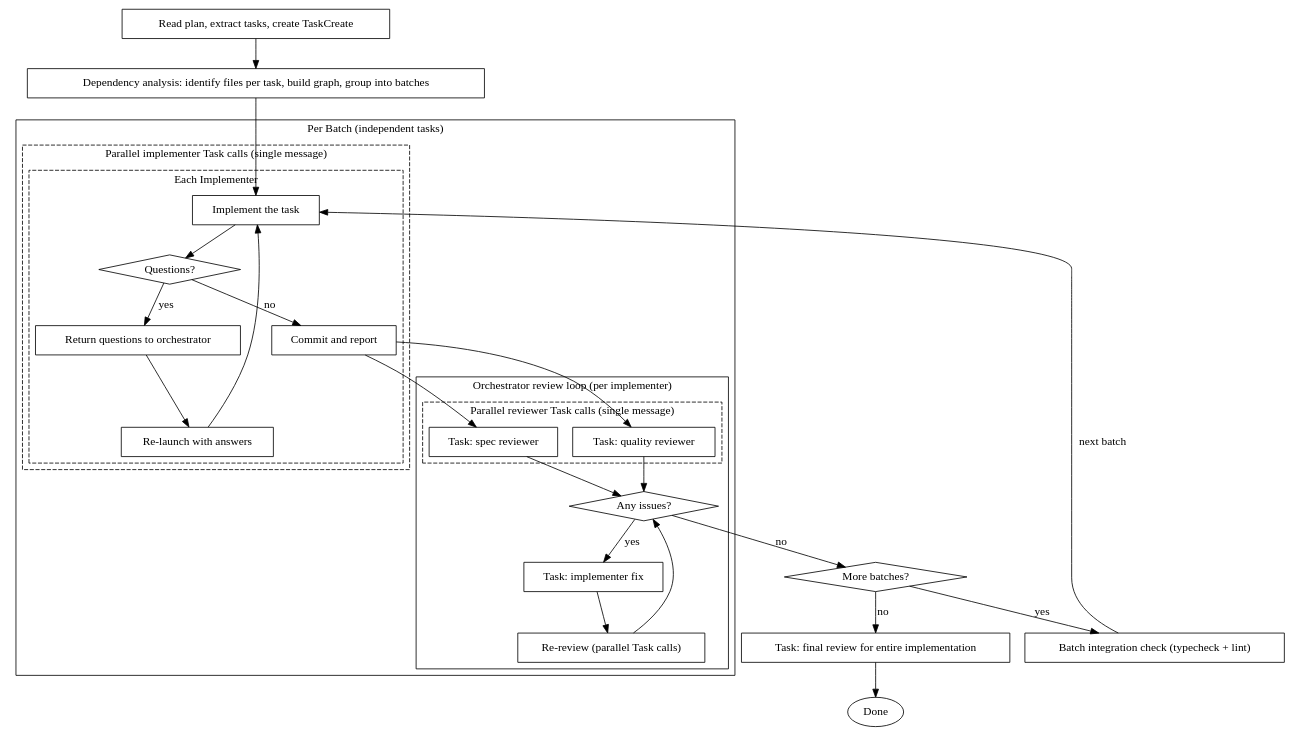
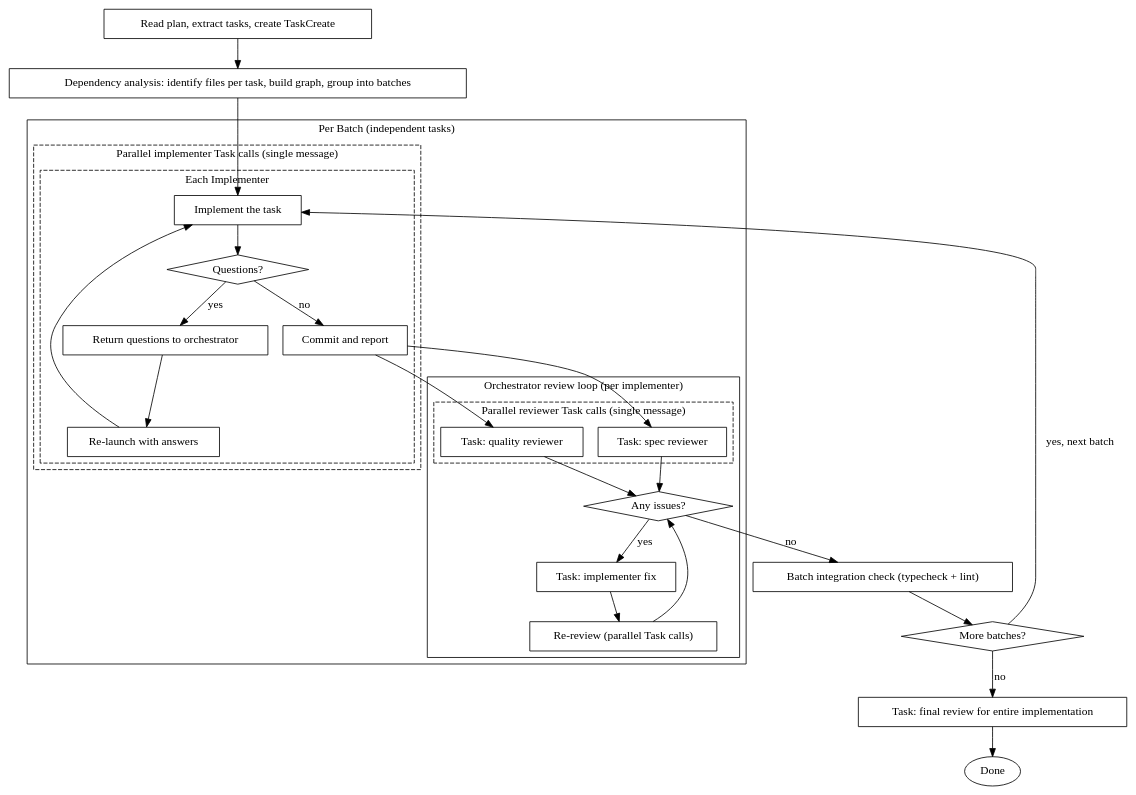
Before and after one commit to kslhunter/simplysm: the second of 2 diagrams in .claude/skills/sd-plan-dev/SKILL.md, drawn with Graphviz. The commit also changed other lines of this file, not shown here.

Commit message:
fix(sd-plan-dev): rename remaining task agent references and fix diagram flow

````diff
--- a/.claude/skills/sd-plan-dev/SKILL.md
+++ b/.claude/skills/sd-plan-dev/SKILL.md
@@ -44,66 +44,66 @@
 ```dot
 digraph process {
     rankdir=TB;
 
     "Read plan, extract tasks, create TaskCreate" [shape=box];
     "Dependency analysis: identify files per task, build graph, group into batches" [shape=box];
 
     subgraph cluster_batch {
         label="Per Batch (independent tasks)";
 
         subgraph cluster_parallel_implementers {
             label="Parallel implementer Task calls (single message)";
             style=dashed;
 
             subgraph cluster_implementer {
                 label="Each Implementer";
                 "Implement the task" [shape=box];
                 "Questions?" [shape=diamond];
                 "Return questions to orchestrator" [shape=box];
                 "Re-launch with answers" [shape=box];
                 "Commit and report" [shape=box];
             }
         }
 
         subgraph cluster_review {
             label="Orchestrator review loop (per implementer)";
 
             subgraph cluster_parallel_reviewers {
                 label="Parallel reviewer Task calls (single message)";
                 style=dashed;
                 "Task: spec reviewer" [shape=box];
                 "Task: quality reviewer" [shape=box];
             }
 
             "Any issues?" [shape=diamond];
             "Task: implementer fix" [shape=box];
             "Re-review (parallel Task calls)" [shape=box];
         }
     }
 
     "More batches?" [shape=diamond];
     "Batch integration check (typecheck + lint)" [shape=box];
     "Task: final review for entire implementation" [shape=box];
     "Done" [shape=ellipse];
 
     "Read plan, extract tasks, create TaskCreate" -> "Dependency analysis: identify files per task, build graph, group into batches";
     "Dependency analysis: identify files per task, build graph, group into batches" -> "Implement the task";
     "Implement the task" -> "Questions?";
     "Questions?" -> "Return questions to orchestrator" [label="yes"];
     "Return questions to orchestrator" -> "Re-launch with answers";
     "Re-launch with answers" -> "Implement the task";
     "Questions?" -> "Commit and report" [label="no"];
     "Commit and report" -> "Task: spec reviewer";
     "Commit and report" -> "Task: quality reviewer";
     "Task: spec reviewer" -> "Any issues?";
     "Task: quality reviewer" -> "Any issues?";
     "Any issues?" -> "Task: implementer fix" [label="yes"];
     "Task: implementer fix" -> "Re-review (parallel Task calls)";
     "Re-review (parallel Task calls)" -> "Any issues?";
-    "Any issues?" -> "More batches?" [label="no"];
-    "More batches?" -> "Batch integration check (typecheck + lint)" [label="yes"];
-    "Batch integration check (typecheck + lint)" -> "Implement the task" [label="next batch"];
+    "Any issues?" -> "Batch integration check (typecheck + lint)" [label="no"];
+    "Batch integration check (typecheck + lint)" -> "More batches?";
+    "More batches?" -> "Implement the task" [label="yes, next batch"];
     "More batches?" -> "Task: final review for entire implementation" [label="no"];
     "Task: final review for entire implementation" -> "Done";
 }
 ```
````
